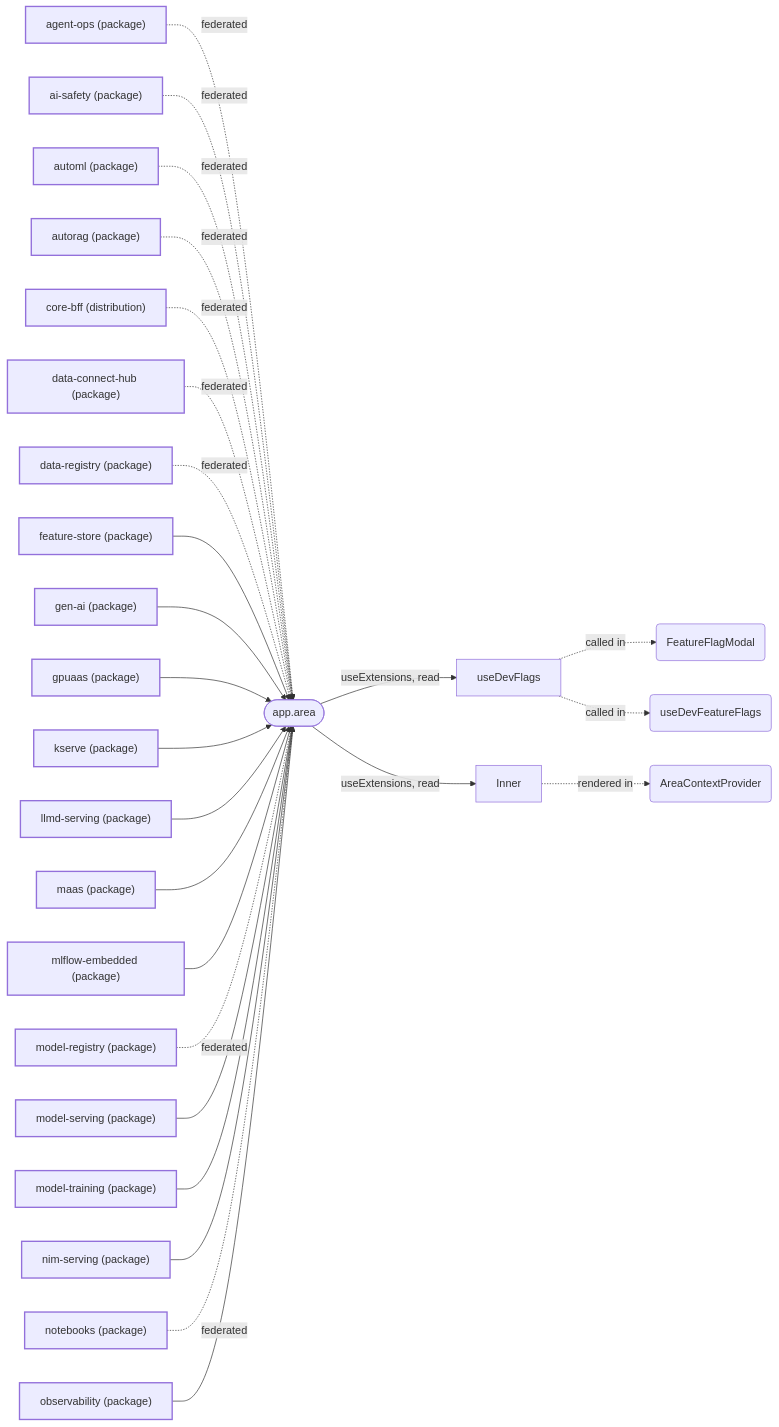
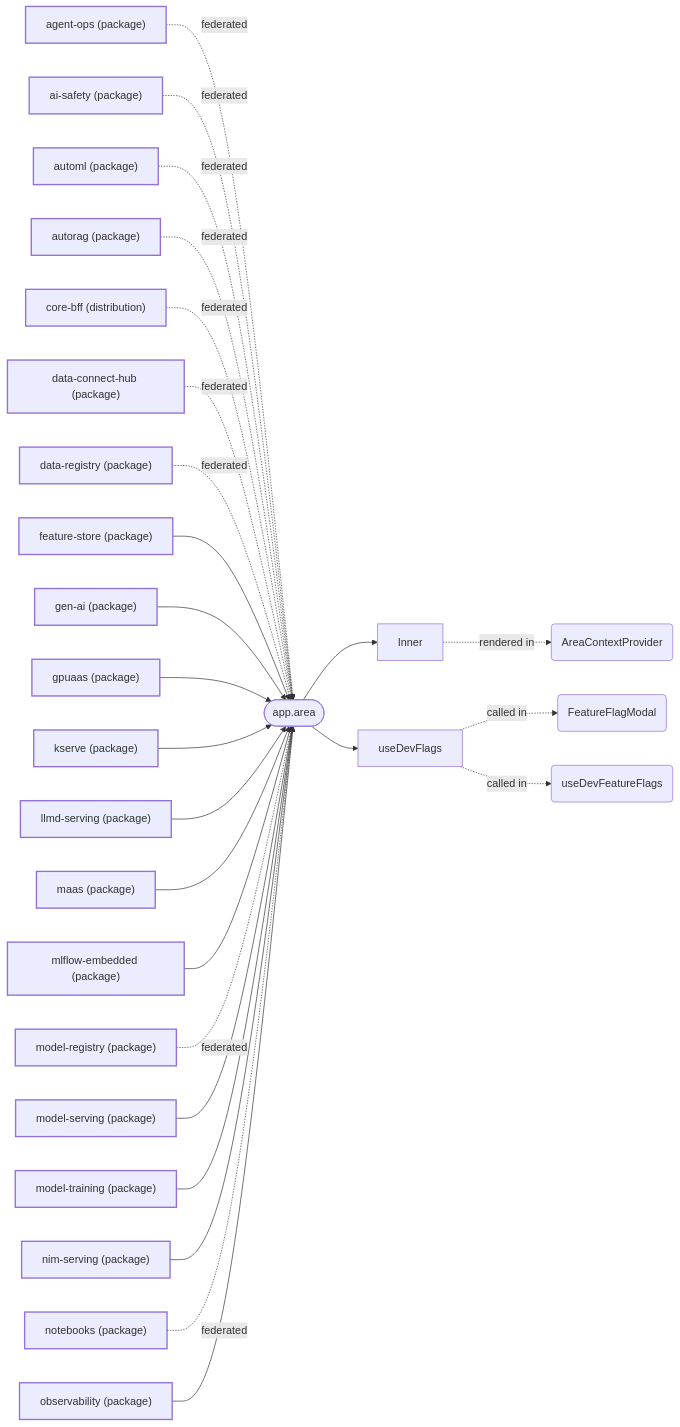
Before and after one commit to mturley/odh-dashboard: the first of 16 diagrams in packages/plugin-core/docs/extensions.md, drawn with Mermaid. The commit also changed other lines of this file and 28 other files, not shown here.

````diff
--- a/packages/plugin-core/docs/extensions.md
+++ b/packages/plugin-core/docs/extensions.md
@@ -35,56 +90,56 @@
 ```mermaid
 flowchart LR
   classDef pkg stroke-width:2px
   classDef point stroke-width:1px
   n_pkg__odh_dashboard_agent_ops_64201e["agent-ops (package)"]:::pkg
   n_pkg__odh_dashboard_ai_safety_7fe101["ai-safety (package)"]:::pkg
   n_pkg__odh_dashboard_automl_28eb04["automl (package)"]:::pkg
   n_pkg__odh_dashboard_autorag_fc0d99["autorag (package)"]:::pkg
   n_pkg__odh_dashboard_core_bff_09a36a["core-bff (distribution)"]:::pkg
   n_pkg__odh_dashboard_data_connect_hub_02c9b3["data-connect-hub (package)"]:::pkg
   n_pkg__odh_dashboard_data_registry_bbe416["data-registry (package)"]:::pkg
   n_pkg__odh_dashboard_feature_store_007774["feature-store (package)"]:::pkg
   n_pkg__odh_dashboard_gen_ai_f11571["gen-ai (package)"]:::pkg
   n_pkg__odh_dashboard_gpuaas_2769c7["gpuaas (package)"]:::pkg
   n_pkg__odh_dashboard_kserve_5ec96a["kserve (package)"]:::pkg
   n_pkg__odh_dashboard_llmd_serving_3e146e["llmd-serving (package)"]:::pkg
   n_pkg__odh_dashboard_maas_87d494["maas (package)"]:::pkg
   n_pkg__odh_dashboard_mlflow_embedded_412d14["mlflow-embedded (package)"]:::pkg
   n_pkg__odh_dashboard_model_registry_1fc815["model-registry (package)"]:::pkg
   n_pkg__odh_dashboard_model_serving_d0bfea["model-serving (package)"]:::pkg
   n_pkg__odh_dashboard_model_training_ee058c["model-training (package)"]:::pkg
   n_pkg__odh_dashboard_nim_serving_241793["nim-serving (package)"]:::pkg
   n_pkg__odh_dashboard_notebooks_458f10["notebooks (package)"]:::pkg
   n_pkg__odh_dashboard_observability_38a333["observability (package)"]:::pkg
   n_app_area_bcfe23(["app.area"]):::point
   n_pkg__odh_dashboard_agent_ops_64201e -. "federated" .-> n_app_area_bcfe23
   n_pkg__odh_dashboard_ai_safety_7fe101 -. "federated" .-> n_app_area_bcfe23
   n_pkg__odh_dashboard_automl_28eb04 -. "federated" .-> n_app_area_bcfe23
   n_pkg__odh_dashboard_autorag_fc0d99 -. "federated" .-> n_app_area_bcfe23
   n_pkg__odh_dashboard_core_bff_09a36a -. "federated" .-> n_app_area_bcfe23
   n_pkg__odh_dashboard_data_connect_hub_02c9b3 -. "federated" .-> n_app_area_bcfe23
   n_pkg__odh_dashboard_data_registry_bbe416 -. "federated" .-> n_app_area_bcfe23
   n_pkg__odh_dashboard_feature_store_007774 --> n_app_area_bcfe23
   n_pkg__odh_dashboard_gen_ai_f11571 --> n_app_area_bcfe23
   n_pkg__odh_dashboard_gpuaas_2769c7 --> n_app_area_bcfe23
   n_pkg__odh_dashboard_kserve_5ec96a --> n_app_area_bcfe23
   n_pkg__odh_dashboard_llmd_serving_3e146e --> n_app_area_bcfe23
   n_pkg__odh_dashboard_maas_87d494 --> n_app_area_bcfe23
   n_pkg__odh_dashboard_mlflow_embedded_412d14 --> n_app_area_bcfe23
   n_pkg__odh_dashboard_model_registry_1fc815 -. "federated" .-> n_app_area_bcfe23
   n_pkg__odh_dashboard_model_serving_d0bfea --> n_app_area_bcfe23
   n_pkg__odh_dashboard_model_training_ee058c --> n_app_area_bcfe23
   n_pkg__odh_dashboard_nim_serving_241793 --> n_app_area_bcfe23
   n_pkg__odh_dashboard_notebooks_458f10 -. "federated" .-> n_app_area_bcfe23
   n_pkg__odh_dashboard_observability_38a333 --> n_app_area_bcfe23
+  n_symbol_frontend_src_concepts_areas_AreaContext_tsx_Inner_7e3788["Inner"]
+  n_app_area_bcfe23 --> n_symbol_frontend_src_concepts_areas_AreaContext_tsx_Inner_7e3788
   n_symbol_frontend_src_app_featureFlags_useDevFeatureFlags_ts_useDevFlags_5a74ff["useDevFlags"]
-  n_app_area_bcfe23 -- "useExtensions, read" --> n_symbol_frontend_src_app_featureFlags_useDevFeatureFlags_ts_useDevFlags_5a74ff
-  n_symbol_frontend_src_concepts_areas_AreaContext_tsx_Inner_7e3788["Inner"]
-  n_app_area_bcfe23 -- "useExtensions, read" --> n_symbol_frontend_src_concepts_areas_AreaContext_tsx_Inner_7e3788
+  n_app_area_bcfe23 --> n_symbol_frontend_src_app_featureFlags_useDevFeatureFlags_ts_useDevFlags_5a74ff
+  n_symbol_frontend_src_concepts_areas_AreaContext_tsx_AreaContextProvider_dbb2e5("AreaContextProvider")
   n_symbol_frontend_src_app_featureFlags_FeatureFlagModal_tsx_FeatureFlagModal_fc0ad3("FeatureFlagModal")
   n_symbol_frontend_src_app_featureFlags_useDevFeatureFlags_ts_useDevFeatureFlags_3fb015("useDevFeatureFlags")
-  n_symbol_frontend_src_concepts_areas_AreaContext_tsx_AreaContextProvider_dbb2e5("AreaContextProvider")
+  n_symbol_frontend_src_concepts_areas_AreaContext_tsx_Inner_7e3788 -. "rendered in" .-> n_symbol_frontend_src_concepts_areas_AreaContext_tsx_AreaContextProvider_dbb2e5
   n_symbol_frontend_src_app_featureFlags_useDevFeatureFlags_ts_useDevFlags_5a74ff -. "called in" .-> n_symbol_frontend_src_app_featureFlags_FeatureFlagModal_tsx_FeatureFlagModal_fc0ad3
   n_symbol_frontend_src_app_featureFlags_useDevFeatureFlags_ts_useDevFlags_5a74ff -. "called in" .-> n_symbol_frontend_src_app_featureFlags_useDevFeatureFlags_ts_useDevFeatureFlags_3fb015
-  n_symbol_frontend_src_concepts_areas_AreaContext_tsx_Inner_7e3788 -. "rendered in" .-> n_symbol_frontend_src_concepts_areas_AreaContext_tsx_AreaContextProvider_dbb2e5
 ```
````
